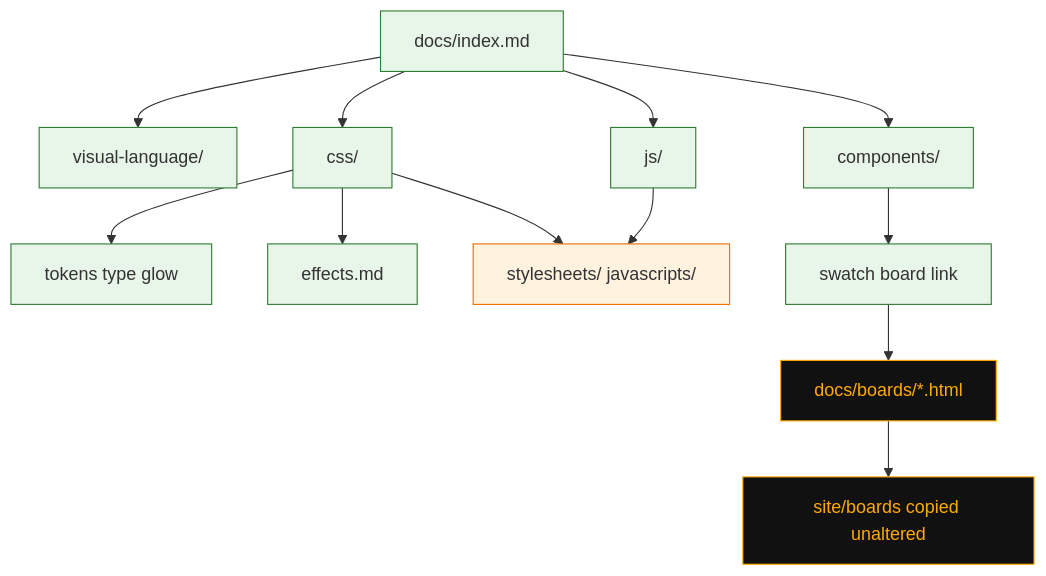
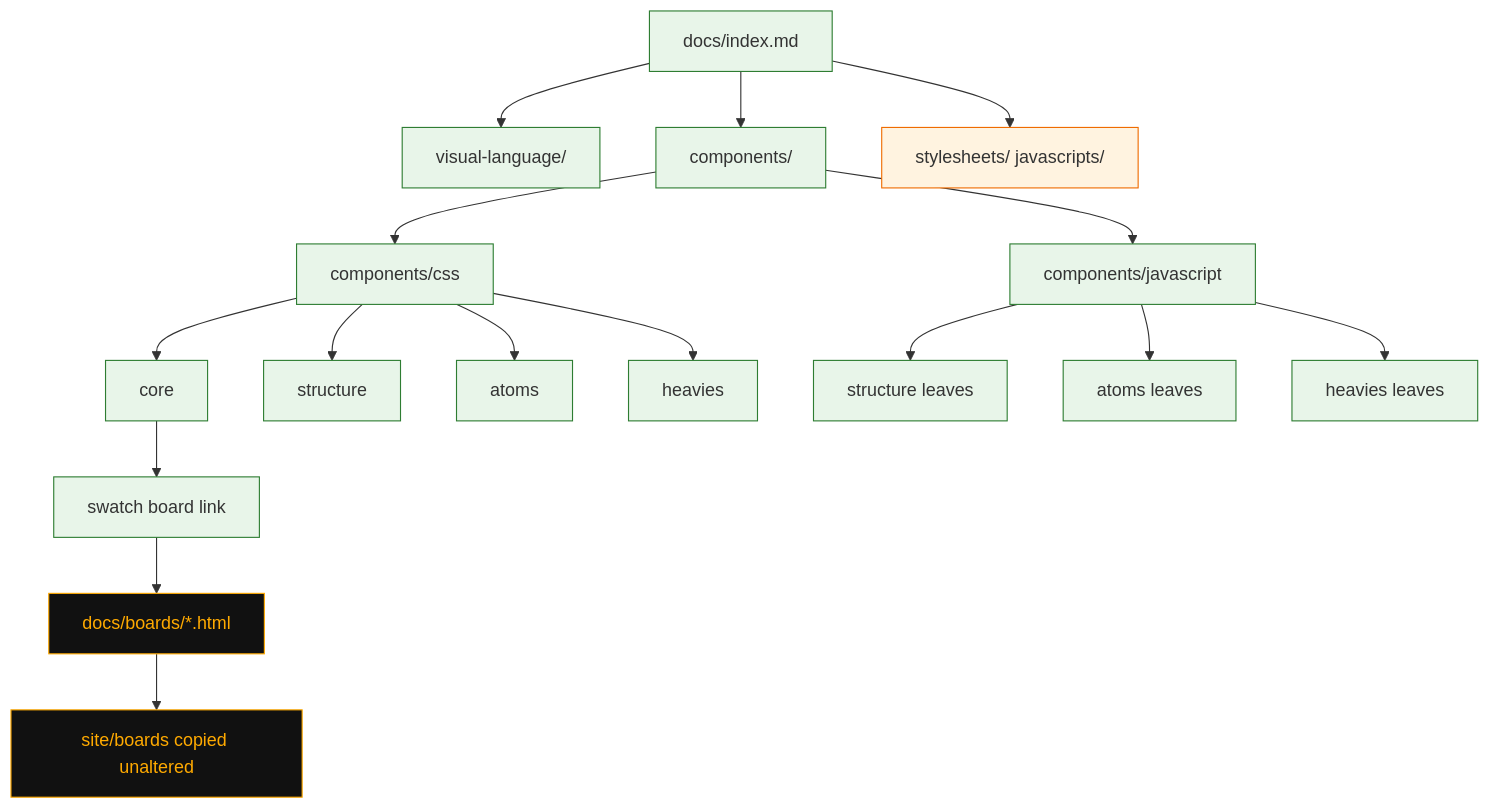
The diagram in memory-bank/active/tasks.md (Texarkanine/nervouscsstem), drawn with Mermaid before and after one commit. The commit also changed other lines of this file and 108 other files, not shown here.

````diff
--- a/memory-bank/active/tasks.md
+++ b/memory-bank/active/tasks.md
@@ -17,19 +17,23 @@
 ```mermaid
 graph TD
     classDef md fill:#e8f5e9,stroke:#2e7d32;
     classDef asset fill:#fff3e0,stroke:#ef6c00;
     classDef void fill:#111,stroke:#ffaa00,color:#ffaa00;
 
     Home["docs/index.md"]:::md --> VL["visual-language/"]:::md
-    Home --> CSS["css/"]:::md
-    Home --> JS["js/"]:::md
     Home --> Comp["components/"]:::md
-    CSS --> Glow["tokens type glow"]:::md
-    CSS --> FX["effects.md"]:::md
-    Comp --> BoardLink["swatch board link"]:::md
+    Comp --> CssFam["components/css"]:::md
+    Comp --> JsFam["components/javascript"]:::md
+    CssFam --> Core["core"]:::md
+    CssFam --> Structure["structure"]:::md
+    CssFam --> Atoms["atoms"]:::md
+    CssFam --> Heavies["heavies"]:::md
+    JsFam --> JStruct["structure leaves"]:::md
+    JsFam --> JAtoms["atoms leaves"]:::md
+    JsFam --> JHeavies["heavies leaves"]:::md
+    Core --> BoardLink["swatch board link"]:::md
     BoardLink --> Boards["docs/boards/*.html"]:::void
     Boards --> Site["site/boards copied unaltered"]:::void
     Assets["stylesheets/ javascripts/"]:::asset
-    CSS --> Assets
-    JS --> Assets
+    Home --> Assets
 ```
````
